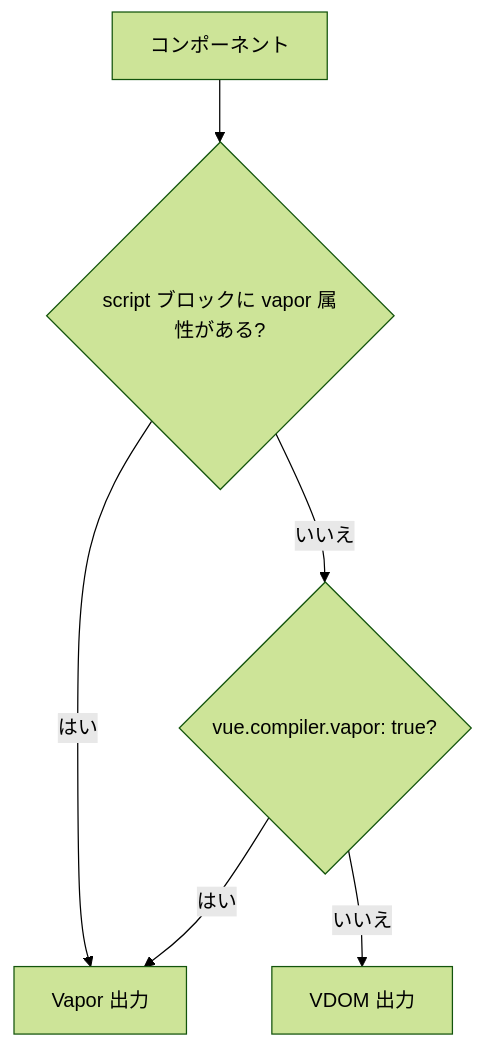
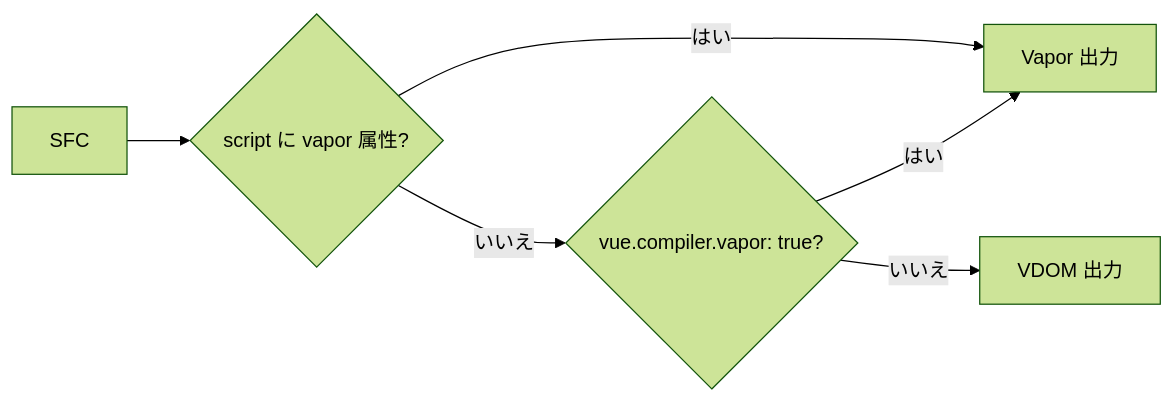
Before and after one commit to ubugeeei-prod/vize: the diagram in docs/content/ja/guide/vapor.md, drawn with Mermaid (forest theme). The commit also changed 1 other file, not shown here.

Commit message:
docs(vapor): lay the Vapor decision diagram out horizontally

````diff
--- a/docs/content/ja/guide/vapor.md
+++ b/docs/content/ja/guide/vapor.md
@@ -19,8 +19,8 @@
 ```mermaid
-flowchart TD
-  A["コンポーネント"] --> B{"script ブロックに vapor 属性がある?"}
+flowchart LR
+  A["SFC"] --> B{"script に vapor 属性?"}
   B -- はい --> V["Vapor 出力"]
   B -- いいえ --> C{"vue.compiler.vapor: true?"}
   C -- はい --> V
   C -- いいえ --> D["VDOM 出力"]
 ```
````
